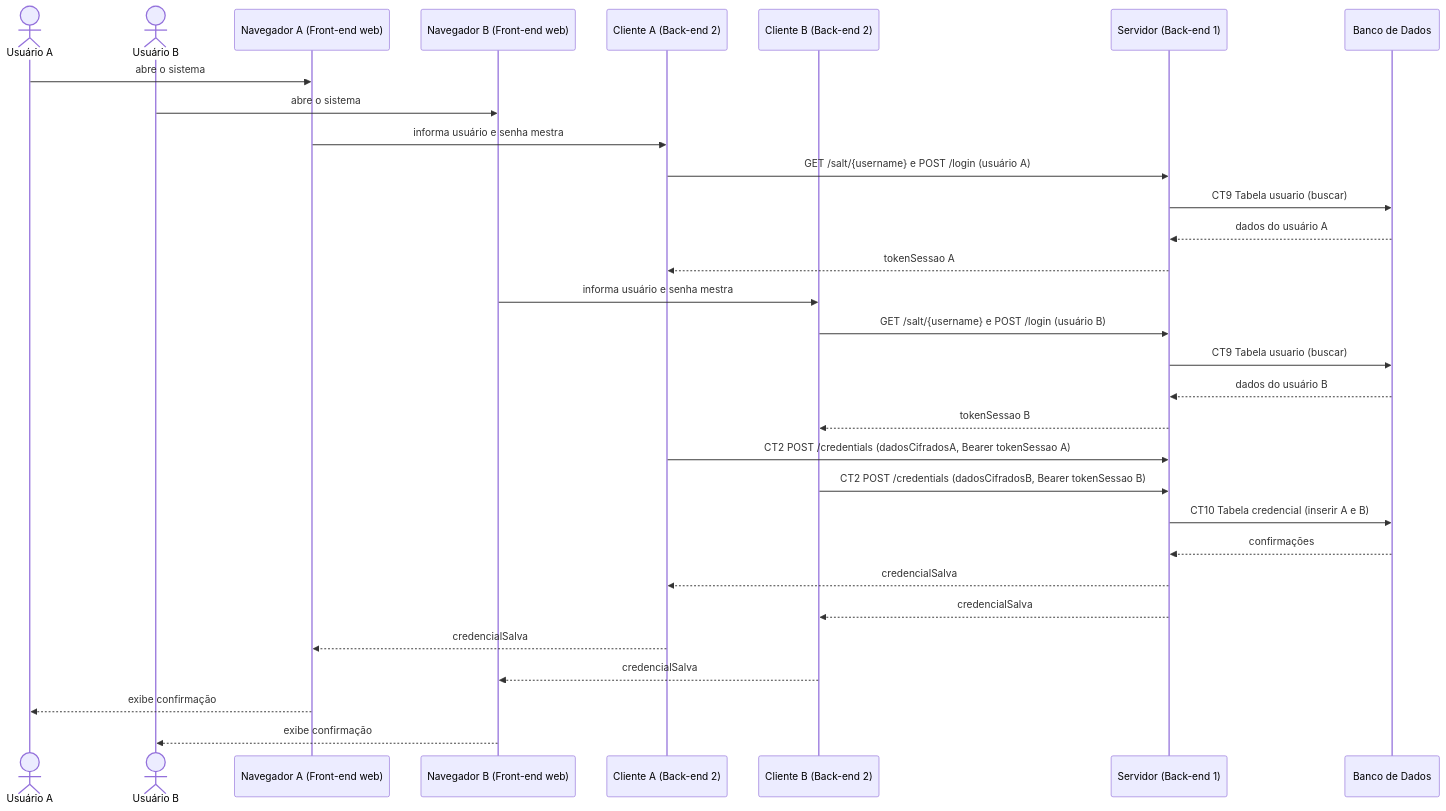
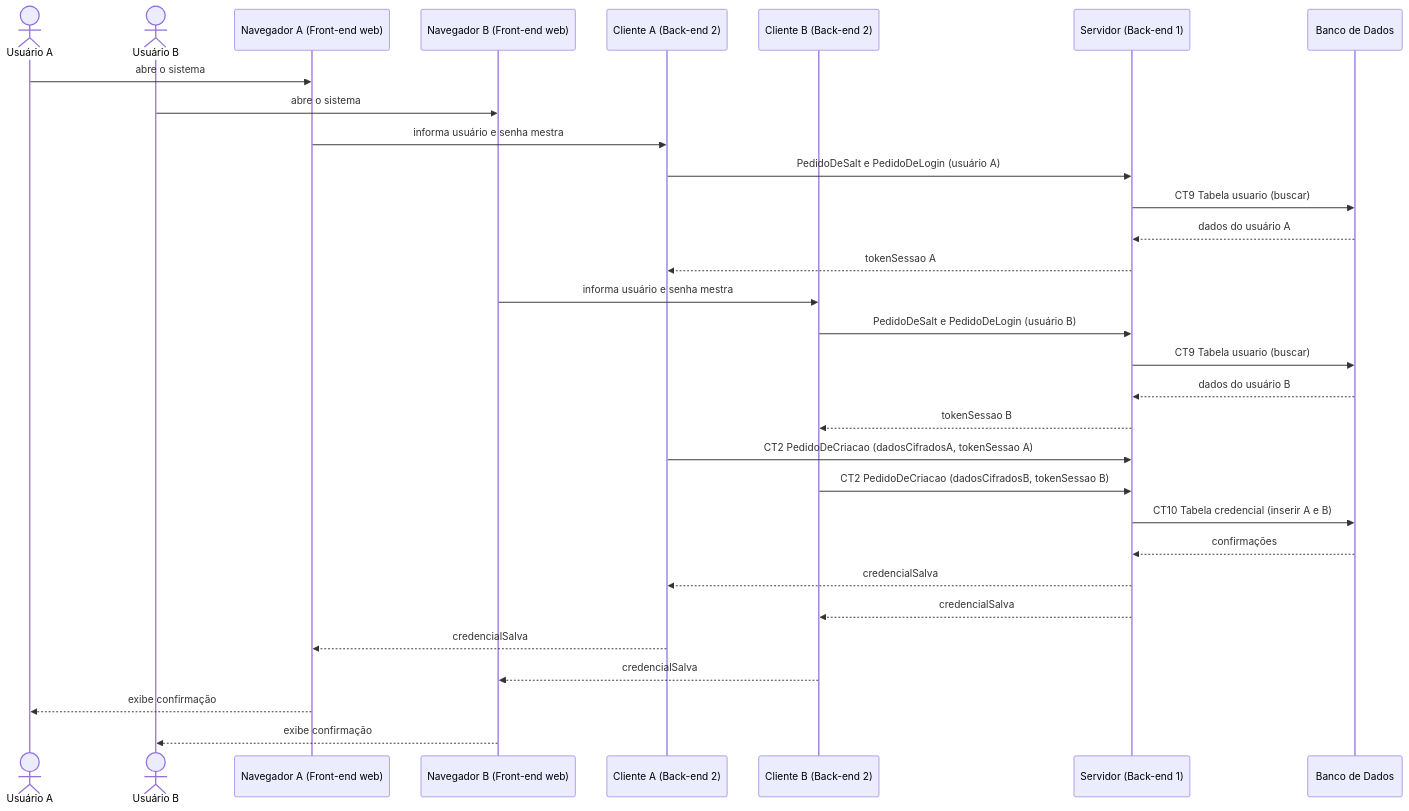
The diagram in docs/fluxos/E1-servidor-multiconexao.md (egili/pi4-0101-g6-frontend), drawn with Mermaid before and after one commit. The commit also changed other lines of this file and 8 other files, not shown here.

````diff
--- a/docs/fluxos/E1-servidor-multiconexao.md
+++ b/docs/fluxos/E1-servidor-multiconexao.md
@@ -18,34 +18,34 @@
 ```mermaid
 sequenceDiagram
     actor UA as Usuário A
     actor UB as Usuário B
     participant NA as Navegador A (Front-end web)
     participant NB as Navegador B (Front-end web)
     participant CA as Cliente A (Back-end 2)
     participant CB as Cliente B (Back-end 2)
     participant S as Servidor (Back-end 1)
     participant DB as Banco de Dados
 
     UA->>NA: abre o sistema
     UB->>NB: abre o sistema
     NA->>CA: informa usuário e senha mestra
-    CA->>S: GET /salt/{username} e POST /login (usuário A)
+    CA->>S: PedidoDeSalt e PedidoDeLogin (usuário A)
     S->>DB: CT9 Tabela usuario (buscar)
     DB-->>S: dados do usuário A
     S-->>CA: tokenSessao A
     NB->>CB: informa usuário e senha mestra
-    CB->>S: GET /salt/{username} e POST /login (usuário B)
+    CB->>S: PedidoDeSalt e PedidoDeLogin (usuário B)
     S->>DB: CT9 Tabela usuario (buscar)
     DB-->>S: dados do usuário B
     S-->>CB: tokenSessao B
-    CA->>S: CT2 POST /credentials (dadosCifradosA, Bearer tokenSessao A)
-    CB->>S: CT2 POST /credentials (dadosCifradosB, Bearer tokenSessao B)
+    CA->>S: CT2 PedidoDeCriacao (dadosCifradosA, tokenSessao A)
+    CB->>S: CT2 PedidoDeCriacao (dadosCifradosB, tokenSessao B)
     S->>DB: CT10 Tabela credencial (inserir A e B)
     DB-->>S: confirmações
     S-->>CA: credencialSalva
     S-->>CB: credencialSalva
     CA-->>NA: credencialSalva
     CB-->>NB: credencialSalva
     NA-->>UA: exibe confirmação
     NB-->>UB: exibe confirmação
 ```
````
